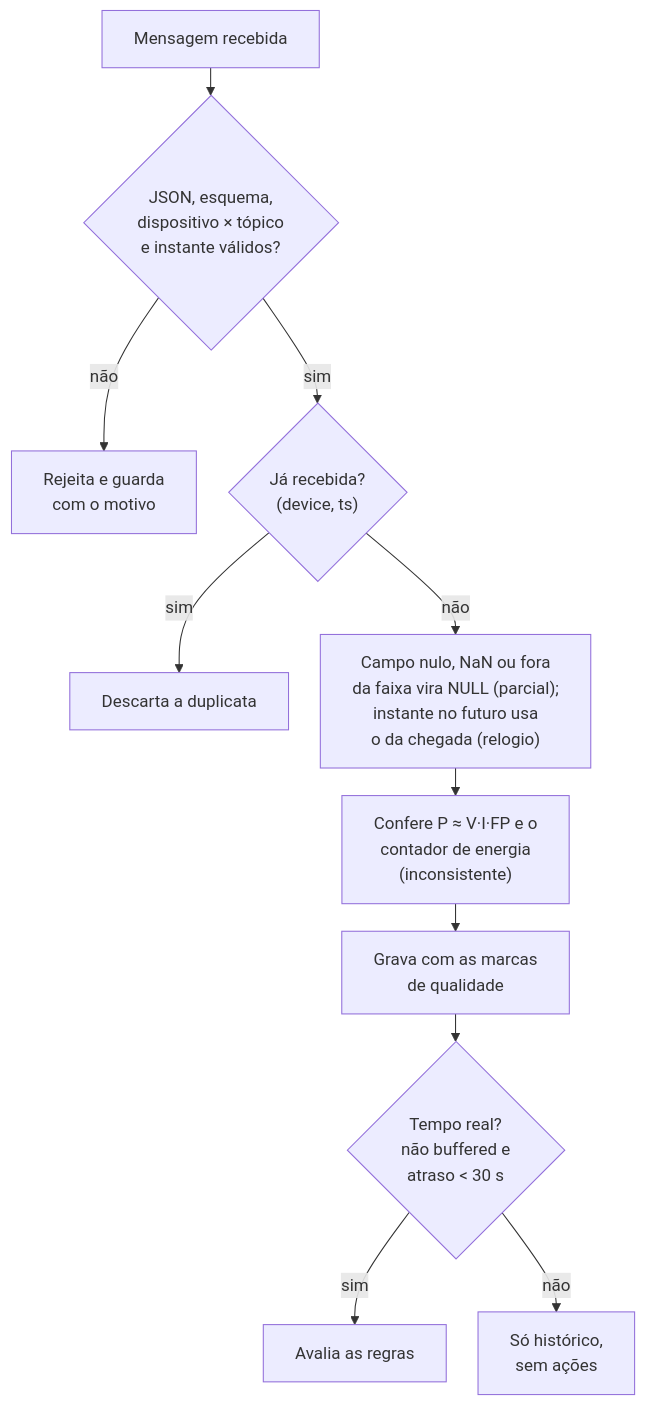
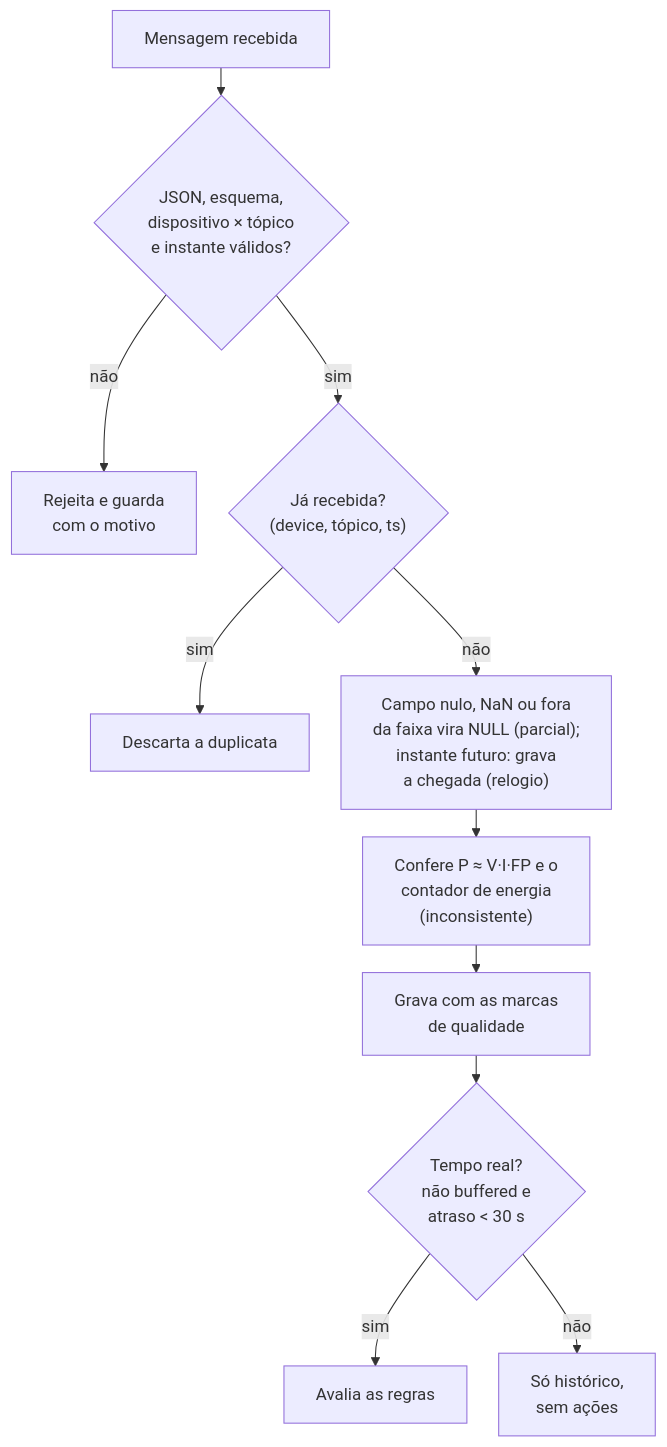
One commit to carneirofc/1322010-2025.3-A--IoT-Smart-Home-Software-Integration changed the diagram in relatorio/diagramas/fig10-validacao.mmd. Above: the diagram before and after it, drawn with Mermaid. The commit also changed 6 other files, not shown here.

```diff
--- a/relatorio/diagramas/fig10-validacao.mmd
+++ b/relatorio/diagramas/fig10-validacao.mmd
@@ -1,12 +1,12 @@
 %%{init: {"flowchart": {"nodeSpacing": 30, "rankSpacing": 26, "wrappingWidth": 230}, "themeVariables": {"fontSize": "16px"}}}%%
 flowchart TB
   M["Mensagem recebida"] --> V{"JSON, esquema,<br/>dispositivo × tópico<br/>e instante válidos?"}
   V -- "não" --> RJ["Rejeita e guarda<br/>com o motivo"]
-  V -- "sim" --> D{"Já recebida?<br/>(device, ts)"}
+  V -- "sim" --> D{"Já recebida?<br/>(device, tópico, ts)"}
   D -- "sim" --> DD["Descarta a duplicata"]
-  D -- "não" --> F["Campo nulo, NaN ou fora<br/>da faixa vira NULL (parcial);<br/>instante no futuro usa<br/>o da chegada (relogio)"]
+  D -- "não" --> F["Campo nulo, NaN ou fora<br/>da faixa vira NULL (parcial);<br/>instante futuro: grava<br/>a chegada (relogio)"]
   F --> K["Confere P ≈ V·I·FP e o<br/>contador de energia<br/>(inconsistente)"]
   K --> G["Grava com as marcas<br/>de qualidade"]
   G --> R{"Tempo real?<br/>não buffered e<br/>atraso < 30 s"}
   R -- "sim" --> RE["Avalia as regras"]
   R -- "não" --> H["Só histórico,<br/>sem ações"]
```
